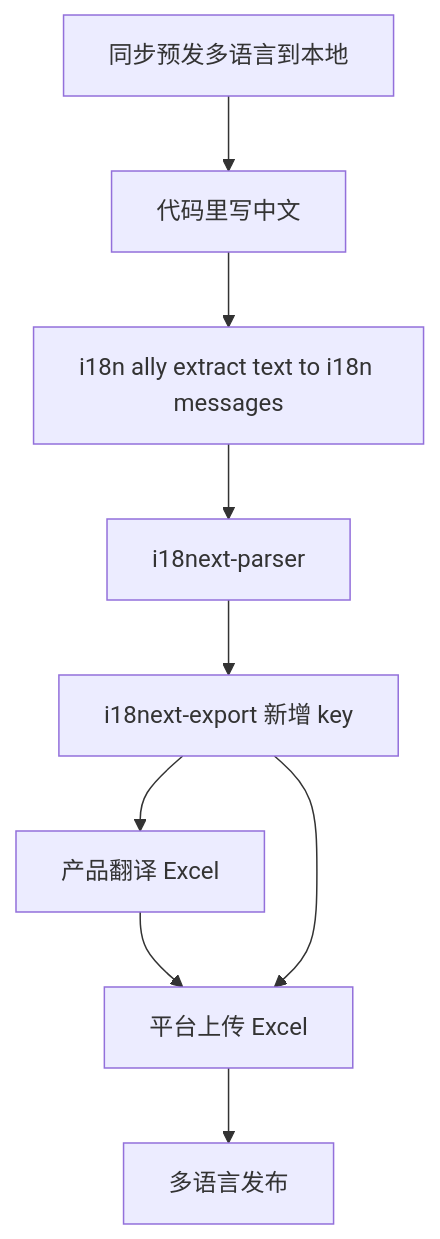
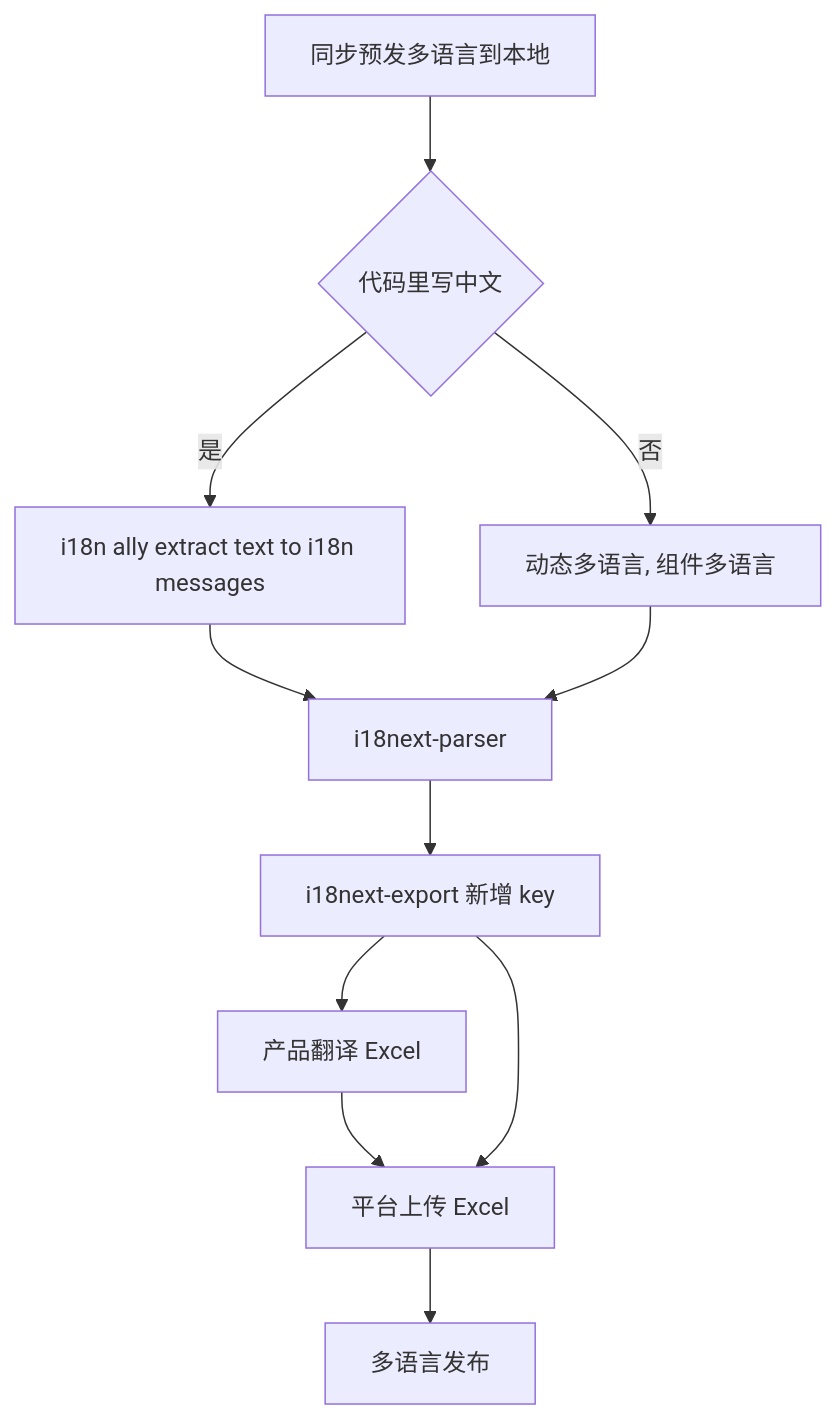
The seventh of 7 diagrams in share/i18next.md (zxf4399/blog), drawn with Mermaid before and after one commit.

Commit message:
fix: add 动态多语言、组件多语言

````diff
--- a/share/i18next.md
+++ b/share/i18next.md
@@ -109,11 +109,13 @@
 ```mermaid
 graph TD
-    A[同步预发多语言到本地] --> B[代码里写中文]
-    B --> C[i18n ally extract text to i18n messages]
+    A[同步预发多语言到本地] --> B{代码里写中文}
+    B -- 是 --> C[i18n ally extract text to i18n messages]
     C --> D[i18next-parser]
+    B -- 否 --> I[动态多语言, 组件多语言]
+    I --> D
     D --> E[i18next-export 新增 key]
     E --> F[产品翻译 Excel]
     F --> G[平台上传 Excel]
     E --> G
     G --> H[多语言发布]
 ```
````
